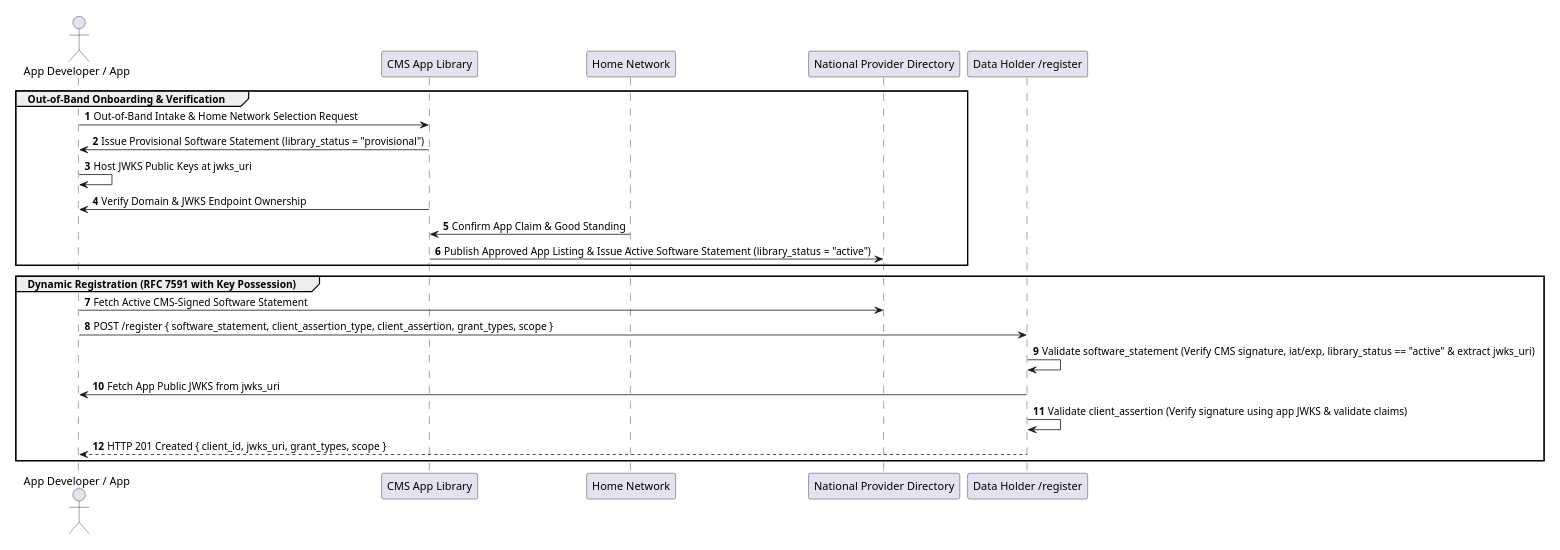
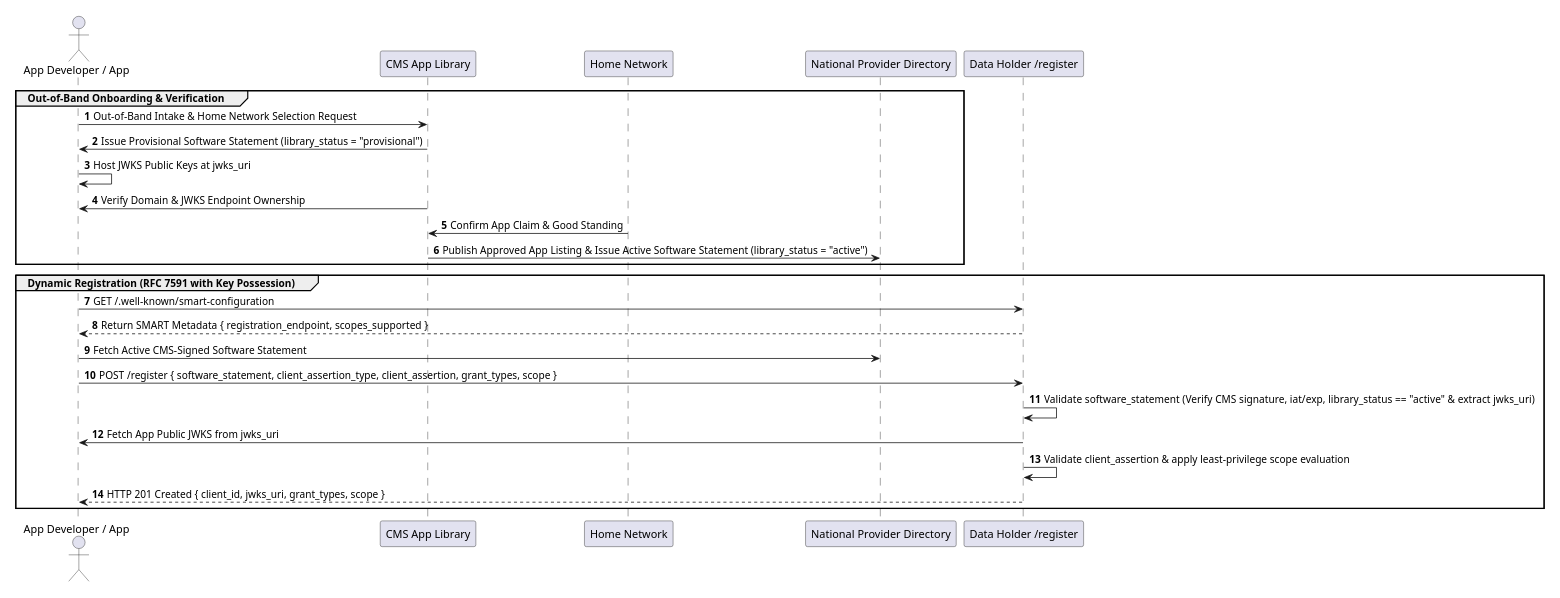
The diagram in input/page-content/registration.md (alex-dzeda/can-ig), drawn with PlantUML before and after one commit. The commit also changed other lines of this file and 3 other files, not shown here.

````diff
--- a/input/page-content/registration.md
+++ b/input/page-content/registration.md
@@ -26,29 +26,31 @@
 ```plantuml
 @startuml
 scale max 1000 width
 autonumber
 actor "App Developer / App" as App
 participant "CMS App Library" as CMS
 participant "Home Network" as Network
 participant "National Provider Directory" as Directory
 participant "Data Holder /register" as DH
 
 group Out-of-Band Onboarding & Verification
 App -> CMS: Out-of-Band Intake & Home Network Selection Request
 CMS -> App: Issue Provisional Software Statement (library_status = "provisional")
 App -> App: Host JWKS Public Keys at jwks_uri
 CMS -> App: Verify Domain & JWKS Endpoint Ownership
 Network -> CMS: Confirm App Claim & Good Standing
 CMS -> Directory: Publish Approved App Listing & Issue Active Software Statement (library_status = "active")
 end
 
 group Dynamic Registration (RFC 7591 with Key Possession)
+App -> DH: GET /.well-known/smart-configuration
+DH --> App: Return SMART Metadata { registration_endpoint, scopes_supported }
 App -> Directory: Fetch Active CMS-Signed Software Statement
 App -> DH: POST /register { software_statement, client_assertion_type, client_assertion, grant_types, scope }
 DH -> DH: Validate software_statement (Verify CMS signature, iat/exp, library_status == "active" & extract jwks_uri)
 DH -> App: Fetch App Public JWKS from jwks_uri
-DH -> DH: Validate client_assertion (Verify signature using app JWKS & validate claims)
+DH -> DH: Validate client_assertion & apply least-privilege scope evaluation
 DH --> App: HTTP 201 Created { client_id, jwks_uri, grant_types, scope }
 end
 @enduml
 ```
````
